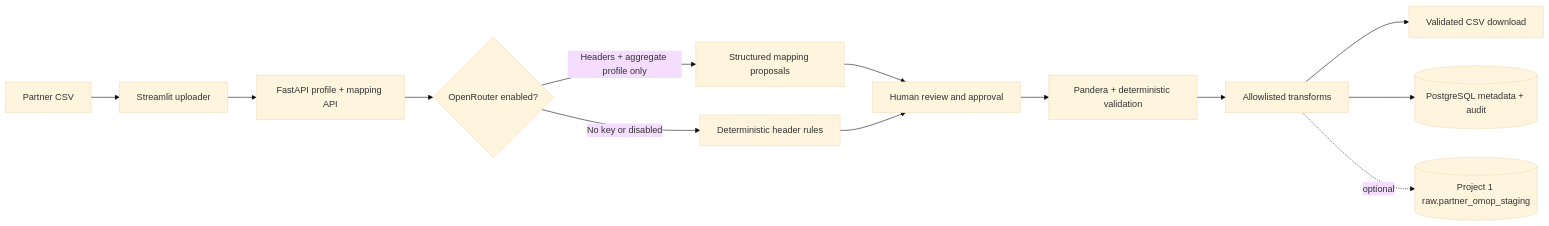
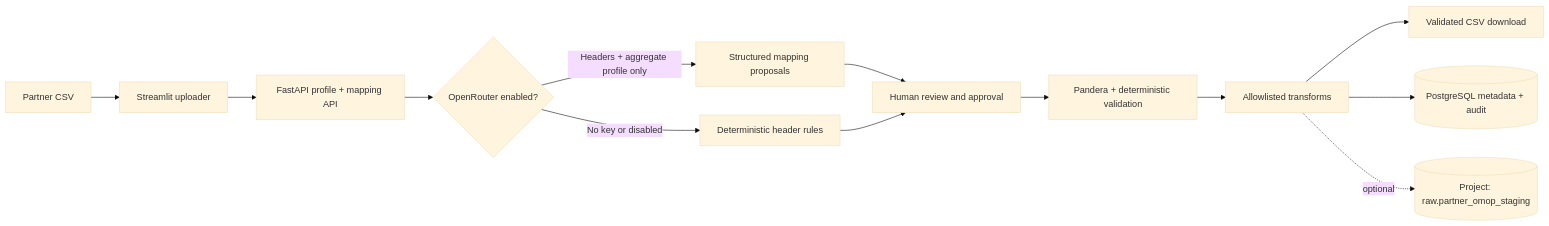
The diagram in docs/architecture.mmd (Rakesh9901491946/ai-assisted-clinical-data-onboarding), drawn with Mermaid (base theme) before and after one commit.

Commit message:
Update project label in architecture documentation

```diff
--- a/docs/architecture.mmd
+++ b/docs/architecture.mmd
@@ -1,13 +1,13 @@
 flowchart LR
   C[Partner CSV] --> U[Streamlit uploader]
   U --> A[FastAPI profile + mapping API]
   A --> P{OpenRouter enabled?}
   P -->|Headers + aggregate profile only| L[Structured mapping proposals]
   P -->|No key or disabled| D[Deterministic header rules]
   L --> H[Human review and approval]
   D --> H
   H --> V[Pandera + deterministic validation]
   V --> X[Allowlisted transforms]
   X --> O[Validated CSV download]
   X --> S[(PostgreSQL metadata + audit)]
-  X -. optional .-> M[(Project 1 raw.partner_omop_staging)]
+  X -. optional .-> M[(Project: raw.partner_omop_staging)]
```
